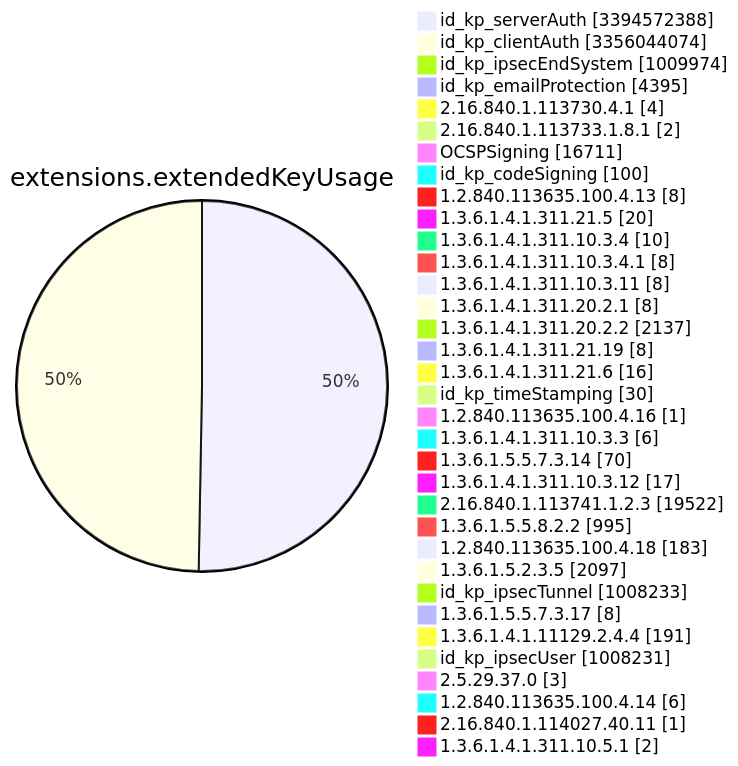
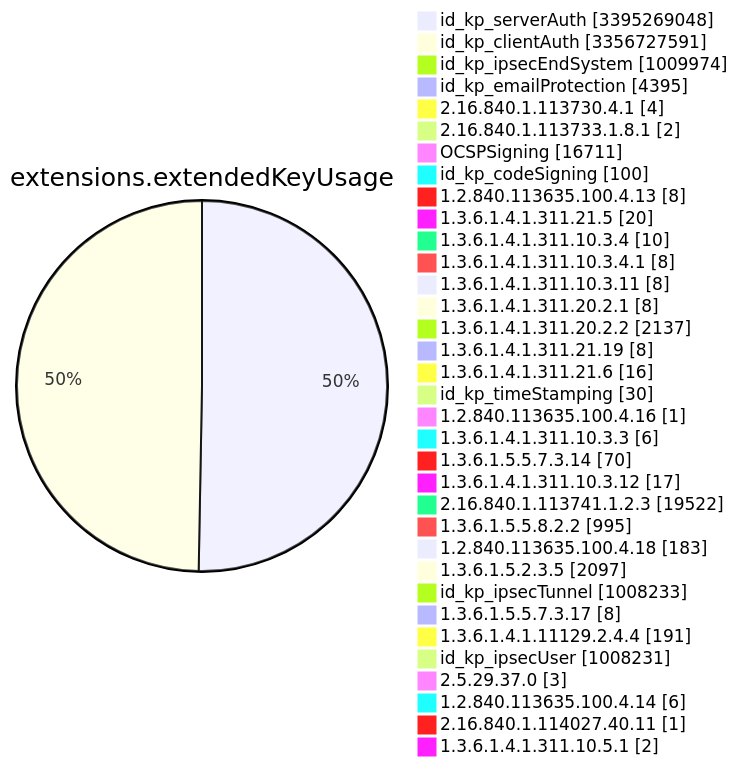
Diagram 11 of 15 in TOTAL/README.md (christiankrug/ctmonitor_visualization), drawn with Mermaid before and after one commit. The commit also changed other lines of this file, not shown here.

````diff
--- a/TOTAL/README.md
+++ b/TOTAL/README.md
@@ -4121,38 +4121,38 @@
 ```mermaid
 pie showData
 title extensions.extendedKeyUsage
-"id_kp_serverAuth" :3394572388
-"id_kp_clientAuth" :3356044074
+"id_kp_serverAuth" :3395269048
+"id_kp_clientAuth" :3356727591
 "id_kp_ipsecEndSystem" :1009974
 "id_kp_emailProtection" :4395
 "2.16.840.1.113730.4.1" :4
 "2.16.840.1.113733.1.8.1" :2
 "OCSPSigning" :16711
 "id_kp_codeSigning" :100
 "1.2.840.113635.100.4.13" :8
 "1.3.6.1.4.1.311.21.5" :20
 "1.3.6.1.4.1.311.10.3.4" :10
 "1.3.6.1.4.1.311.10.3.4.1" :8
 "1.3.6.1.4.1.311.10.3.11" :8
 "1.3.6.1.4.1.311.20.2.1" :8
 "1.3.6.1.4.1.311.20.2.2" :2137
 "1.3.6.1.4.1.311.21.19" :8
 "1.3.6.1.4.1.311.21.6" :16
 "id_kp_timeStamping" :30
 "1.2.840.113635.100.4.16" :1
 "1.3.6.1.4.1.311.10.3.3" :6
 "1.3.6.1.5.5.7.3.14" :70
 "1.3.6.1.4.1.311.10.3.12" :17
 "2.16.840.1.113741.1.2.3" :19522
 "1.3.6.1.5.5.8.2.2" :995
 "1.2.840.113635.100.4.18" :183
 "1.3.6.1.5.2.3.5" :2097
 "id_kp_ipsecTunnel" :1008233
 "1.3.6.1.5.5.7.3.17" :8
 "1.3.6.1.4.1.11129.2.4.4" :191
 "id_kp_ipsecUser" :1008231
 "2.5.29.37.0" :3
 "1.2.840.113635.100.4.14" :6
 "2.16.840.1.114027.40.11" :1
 "1.3.6.1.4.1.311.10.5.1" :2
 ```
````
